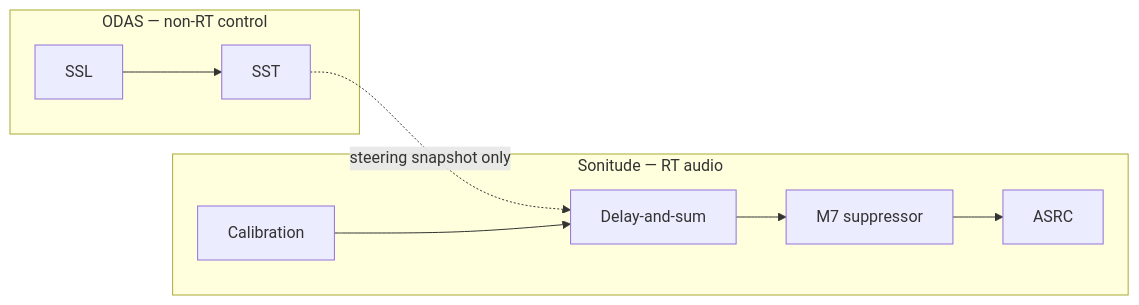
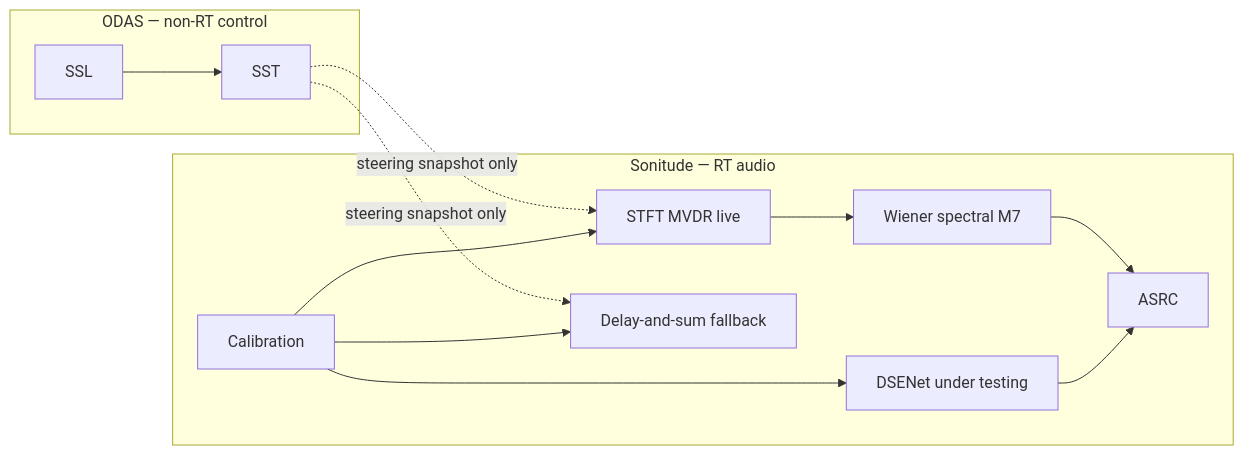
The first of 2 diagrams in docs/architecture.md (derraan/Sonitude), drawn with Mermaid before and after one commit. The commit also changed other lines of this file and 6 other files, not shown here.

First line of the commit message:
docs: record neural testing, Wiener pipeline, and implemented threading

````diff
--- a/docs/architecture.md
+++ b/docs/architecture.md
@@ -259,18 +262,23 @@
 ```mermaid
 flowchart LR
     subgraph odas [ODAS — non-RT control]
         SSL[SSL]
         SST[SST]
     end
 
     subgraph sonitude_rt [Sonitude — RT audio]
         Cal[Calibration]
-        BF[Delay-and-sum]
-        Sup[M7 suppressor]
+        MVDR[STFT MVDR live]
+        DS[Delay-and-sum fallback]
+        DSE[DSENet under testing]
+        Wien[Wiener spectral M7]
         ASRC[ASRC]
     end
 
     SSL --> SST
-    SST -.->|"steering snapshot only"| BF
-    Cal --> BF --> Sup --> ASRC
+    SST -.->|"steering snapshot only"| MVDR
+    SST -.->|"steering snapshot only"| DS
+    Cal --> MVDR --> Wien --> ASRC
+    Cal --> DS
+    Cal --> DSE --> ASRC
 ```
````
